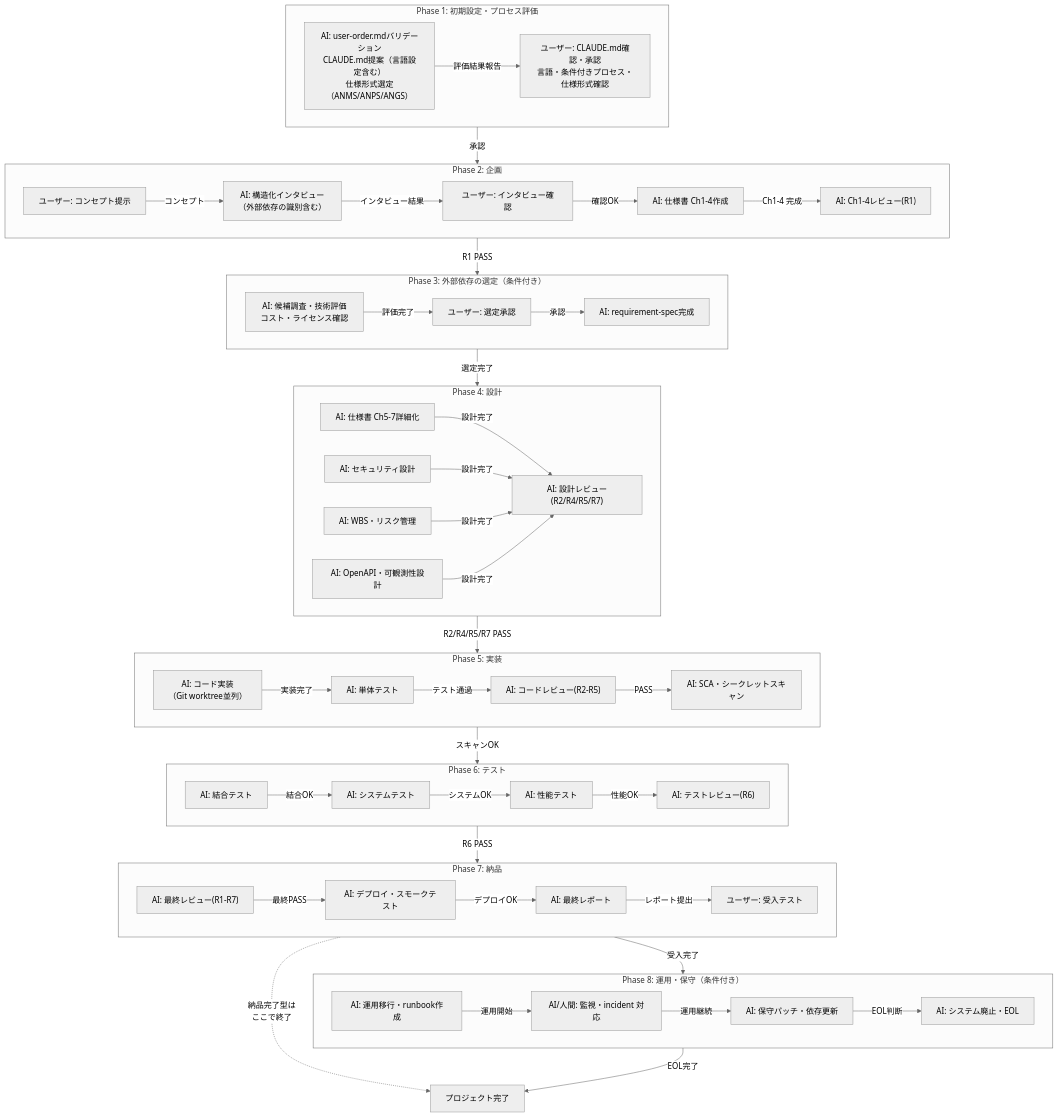
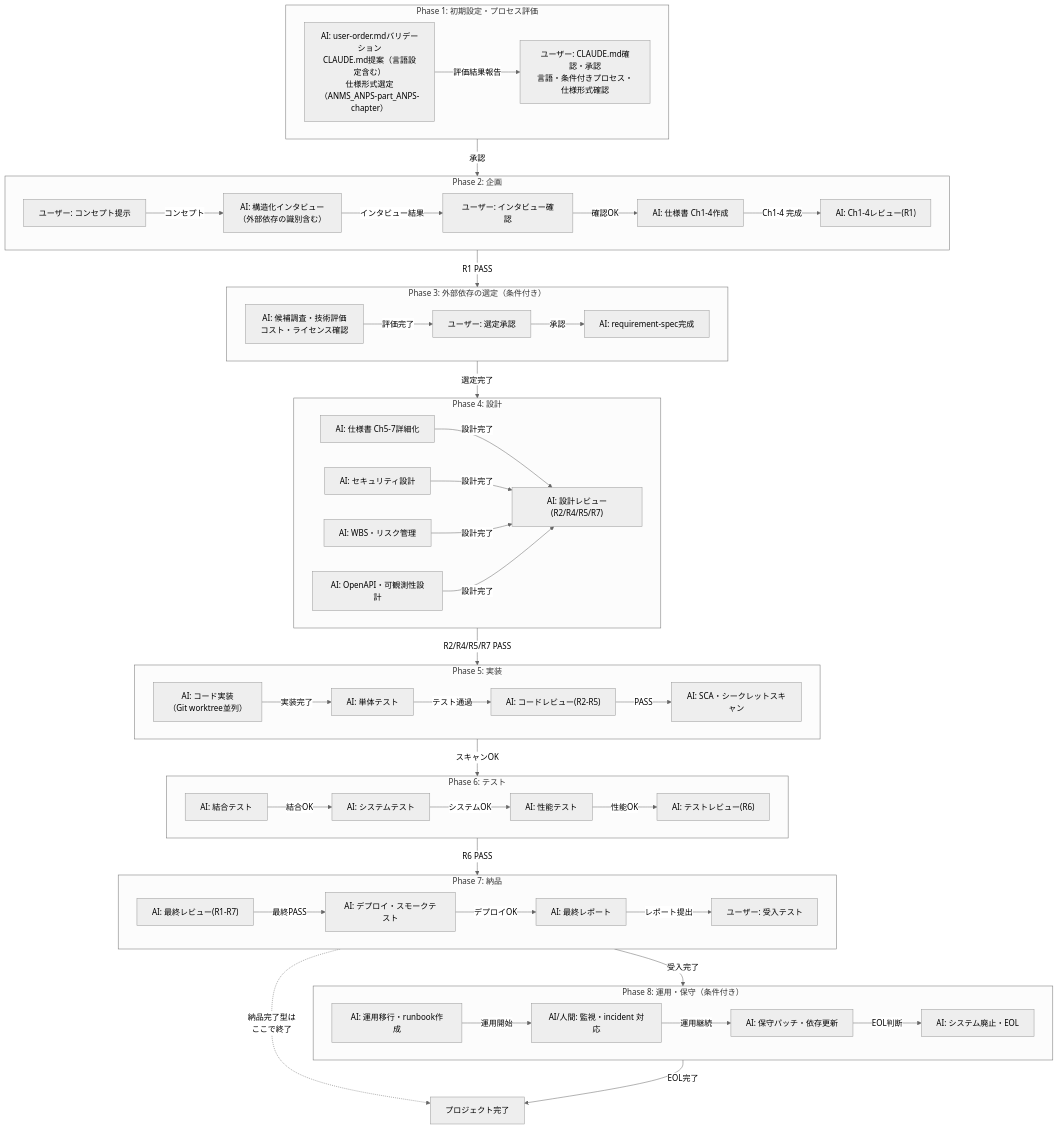
Before and after one commit to GoodRelax/gr-sw-maker: the second of 12 diagrams in framework-src/ja/process-rules/full-auto-dev-process-rules.md, drawn with Mermaid (neutral theme). The commit also changed other lines of this file and 7 other files, not shown here.

````diff
--- a/framework-src/ja/process-rules/full-auto-dev-process-rules.md
+++ b/framework-src/ja/process-rules/full-auto-dev-process-rules.md
@@ -249,7 +249,7 @@
 ```mermaid
 flowchart TD
     subgraph Phase1["Phase 1: 初期設定・プロセス評価"]
-        P0A["AI: user-order.mdバリデーション<br/>CLAUDE.md提案（言語設定含む）<br/>仕様形式選定（ANMS/ANPS/ANGS）"]
+        P0A["AI: user-order.mdバリデーション<br/>CLAUDE.md提案（言語設定含む）<br/>仕様形式選定（ANMS_ANPS-part_ANPS-chapter）"]
         P0B["ユーザー: CLAUDE.md確認・承認<br/>言語・条件付きプロセス・仕様形式確認"]
         P0A -->|"評価結果報告"| P0B
     end
````
